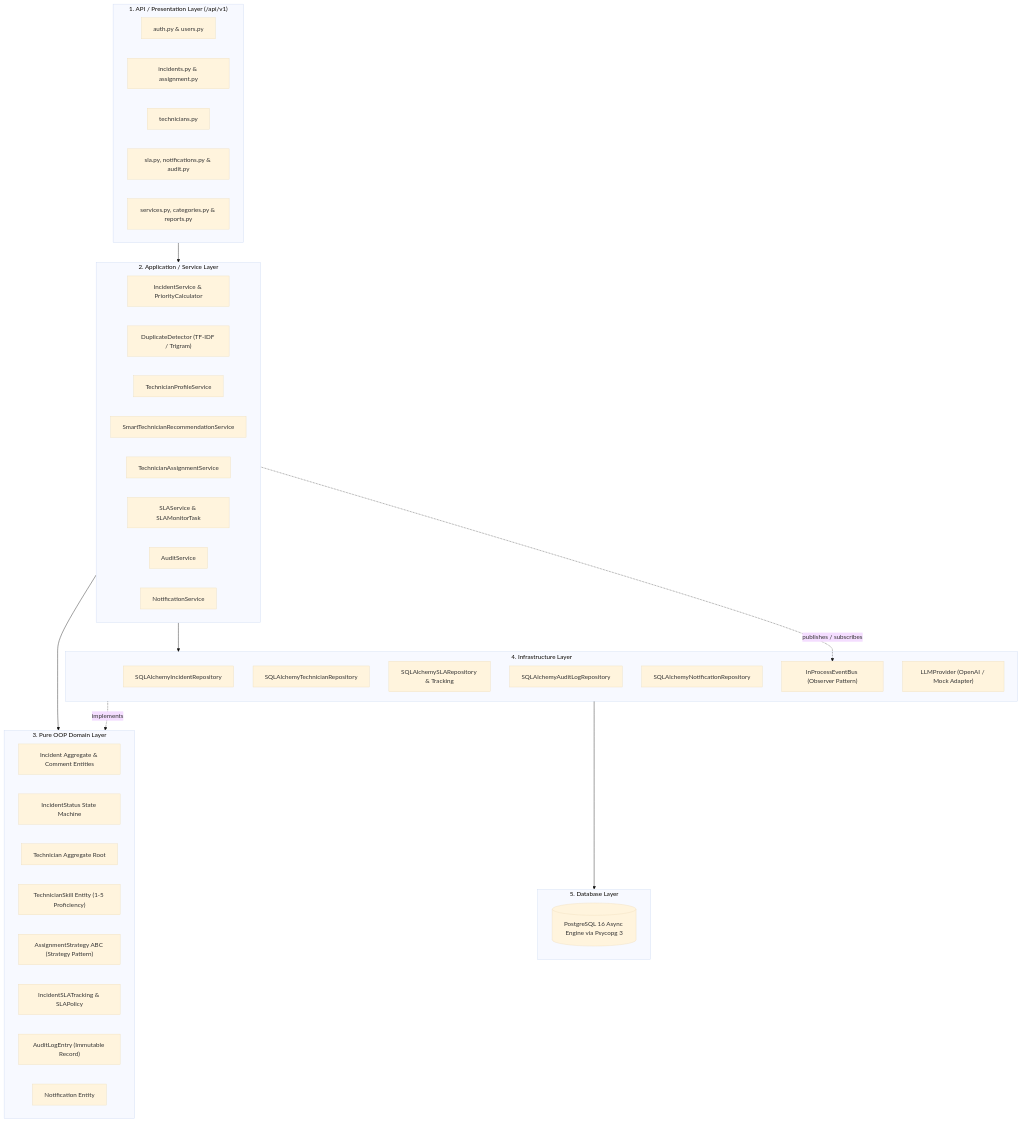
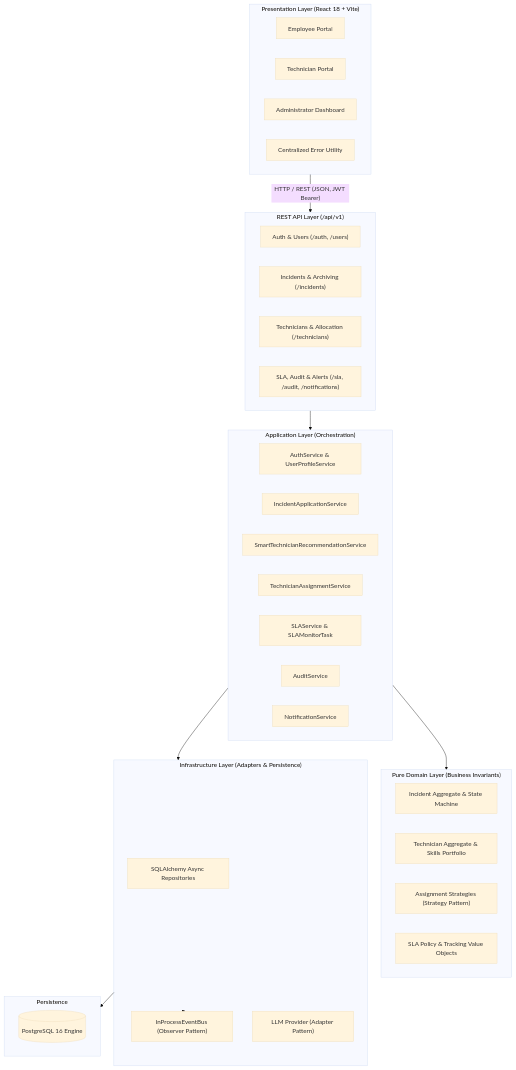
One commit to kj-labs1/I-ITSM changed the first of 2 diagrams in docs/ARCHITECTURE.md. Above: the diagram before and after it, drawn with Mermaid (base theme). The commit also changed other lines of this file and 23 other files, not shown here.

````diff
--- a/docs/ARCHITECTURE.md
+++ b/docs/ARCHITECTURE.md
@@ -7,53 +7,50 @@
 ```mermaid
 flowchart TD
-    subgraph Presentation ["1. API / Presentation Layer (/api/v1)"]
-        AUTH_ROUTER["auth.py & users.py"]
-        INC_ROUTER["incidents.py & assignment.py"]
-        TECH_ROUTER["technicians.py"]
-        SLA_ROUTER["sla.py, notifications.py & audit.py"]
-        CAT_ROUTER["services.py, categories.py & reports.py"]
+    subgraph Frontend ["Presentation Layer (React 18 + Vite)"]
+        UI_EMP["Employee Portal"]
+        UI_TECH["Technician Portal"]
+        UI_ADMIN["Administrator Dashboard"]
+        ERR_HDL["Centralized Error Utility"]
     end
 
-    subgraph Application ["2. Application / Service Layer"]
-        INC_SRV["IncidentService & PriorityCalculator"]
-        DUP_SRV["DuplicateDetector (TF-IDF / Trigram)"]
-        TECH_SRV["TechnicianProfileService"]
+    subgraph API ["REST API Layer (/api/v1)"]
+        AUTH_RTR["Auth & Users (/auth, /users)"]
+        INC_RTR["Incidents & Archiving (/incidents)"]
+        TECH_RTR["Technicians & Allocation (/technicians)"]
+        SLA_RTR["SLA, Audit & Alerts (/sla, /audit, /notifications)"]
+    end
+
+    subgraph AppService ["Application Layer (Orchestration)"]
+        AUTH_SRV["AuthService & UserProfileService"]
+        INC_SRV["IncidentApplicationService"]
         REC_SRV["SmartTechnicianRecommendationService"]
         ASSIGN_SRV["TechnicianAssignmentService"]
         SLA_SRV["SLAService & SLAMonitorTask"]
         AUDIT_SRV["AuditService"]
         NOTIF_SRV["NotificationService"]
     end
 
-    subgraph Domain ["3. Pure OOP Domain Layer"]
-        INC_DOM["Incident Aggregate & Comment Entities"]
-        INC_STATE["IncidentStatus State Machine"]
-        TECH_DOM["Technician Aggregate Root"]
-        SKILL_DOM["TechnicianSkill Entity (1-5 Proficiency)"]
-        STRAT_DOM["AssignmentStrategy ABC (Strategy Pattern)"]
-        SLA_DOM["IncidentSLATracking & SLAPolicy"]
-        AUDIT_DOM["AuditLogEntry (Immutable Record)"]
-        NOTIF_DOM["Notification Entity"]
+    subgraph Domain ["Pure Domain Layer (Business Invariants)"]
+        INC_DOM["Incident Aggregate & State Machine"]
+        TECH_DOM["Technician Aggregate & Skills Portfolio"]
+        STRAT_DOM["Assignment Strategies (Strategy Pattern)"]
+        SLA_DOM["SLA Policy & Tracking Value Objects"]
     end
 
-    subgraph Infrastructure ["4. Infrastructure Layer"]
-        REPO_INC["SQLAlchemyIncidentRepository"]
-        REPO_TECH["SQLAlchemyTechnicianRepository"]
-        REPO_SLA["SQLAlchemySLARepository & Tracking"]
-        REPO_AUDIT["SQLAlchemyAuditLogRepository"]
-        REPO_NOTIF["SQLAlchemyNotificationRepository"]
+    subgraph Infra ["Infrastructure Layer (Adapters & Persistence)"]
+        DB_REPO["SQLAlchemy Async Repositories"]
         EVENT_BUS["InProcessEventBus (Observer Pattern)"]
-        LLM_ADAPT["LLMProvider (OpenAI / Mock Adapter)"]
+        LLM_ADAPT["LLM Provider (Adapter Pattern)"]
     end
 
-    subgraph Persistence ["5. Database Layer"]
-        PG[(PostgreSQL 16 Async Engine via Psycopg 3)]
+    subgraph Storage ["Persistence"]
+        PG[(PostgreSQL 16 Engine)]
     end
 
-    Presentation --> Application
-    Application --> Domain
-    Application --> Infrastructure
-    Infrastructure --> Persistence
-    Infrastructure -.implements.-> Domain
-    Application -.publishes / subscribes.-> EVENT_BUS
+    Frontend -->|"HTTP / REST (JSON, JWT Bearer)"| API
+    API --> AppService
+    AppService --> Domain
+    AppService --> Infra
+    Infra --> Storage
+    Infra -.-> EVENT_BUS
 ```
````
